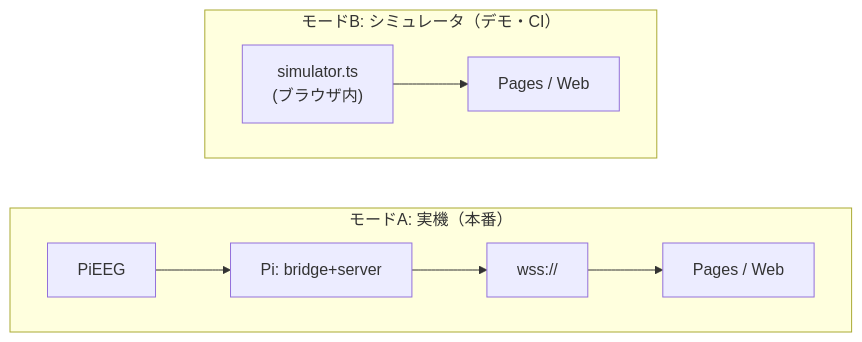
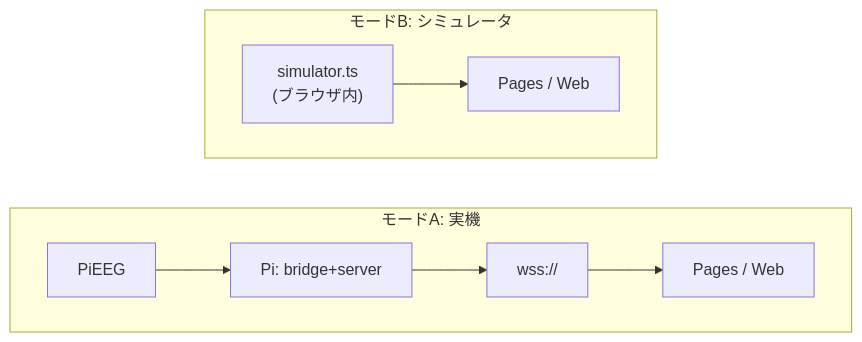
The third of 3 diagrams in docs/architecture.md (tyukei/pieeg_app), drawn with Mermaid before and after one commit. The commit also changed other lines of this file and 8 other files, not shown here.

First line of the commit message:
窓/スライド幅の可変対応・3D認知トラジェクトリ追加・アーキ図の表現調整

````diff
--- a/docs/architecture.md
+++ b/docs/architecture.md
@@ -99,11 +99,11 @@
 ```mermaid
 flowchart LR
-    subgraph M1["モードA: 実機（本番）"]
+    subgraph M1["モードA: 実機"]
         direction LR
         a1["PiEEG"] --> a2["Pi: bridge+server"] --> a3["wss://"] --> a4["Pages / Web"]
     end
-    subgraph M2["モードB: シミュレータ（デモ・CI）"]
+    subgraph M2["モードB: シミュレータ"]
         direction LR
         b1["simulator.ts<br/>(ブラウザ内)"] --> b2["Pages / Web"]
     end
 ```
````
